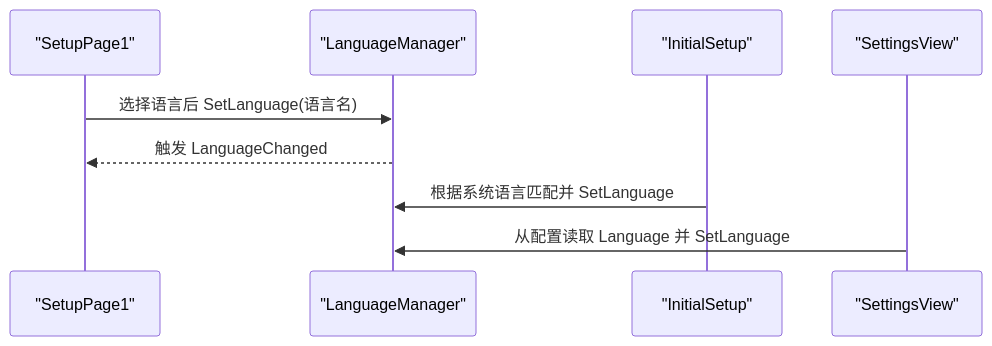
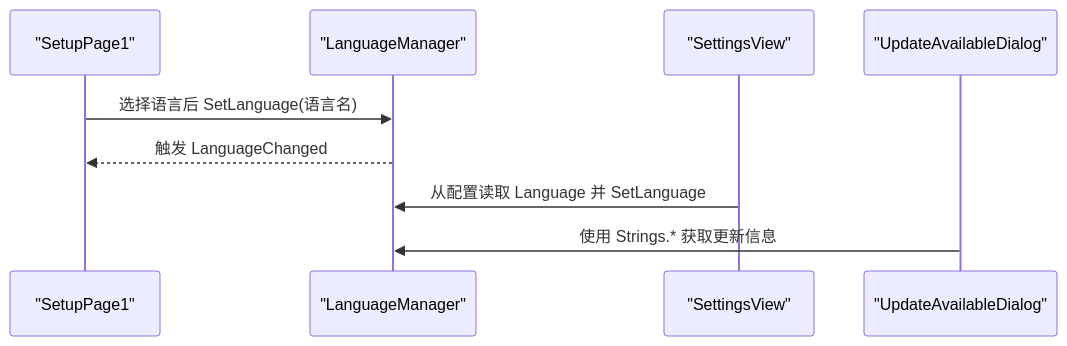
The fourth of 5 diagrams in .qoder/repowiki/zh/content/国际化系统/国际化系统.md (tea4go/Macro-Deck), drawn with Mermaid before and after one commit. The commit also changed other lines of this file and 32 other files, not shown here.

````diff
--- a/.qoder/repowiki/zh/content/国际化系统/国际化系统.md
+++ b/.qoder/repowiki/zh/content/国际化系统/国际化系统.md
@@ -250,11 +241,11 @@
 ```mermaid
 sequenceDiagram
 participant UI as "SetupPage1"
 participant LM as "LanguageManager"
-participant IS as "InitialSetup"
 participant SV as "SettingsView"
+participant UAD as "UpdateAvailableDialog"
 UI->>LM : 选择语言后 SetLanguage(语言名)
 LM-->>UI : 触发 LanguageChanged
-IS->>LM : 根据系统语言匹配并 SetLanguage
 SV->>LM : 从配置读取 Language 并 SetLanguage
+UAD->>LM : 使用 Strings.* 获取更新信息
 ```
````
